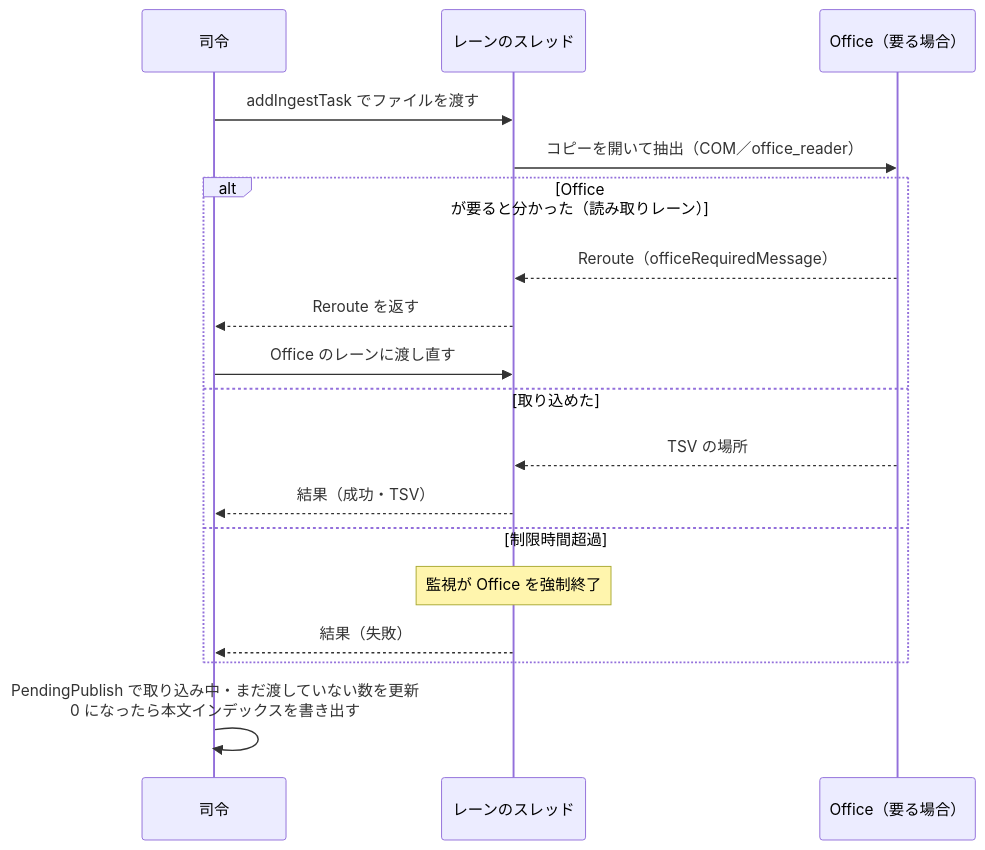
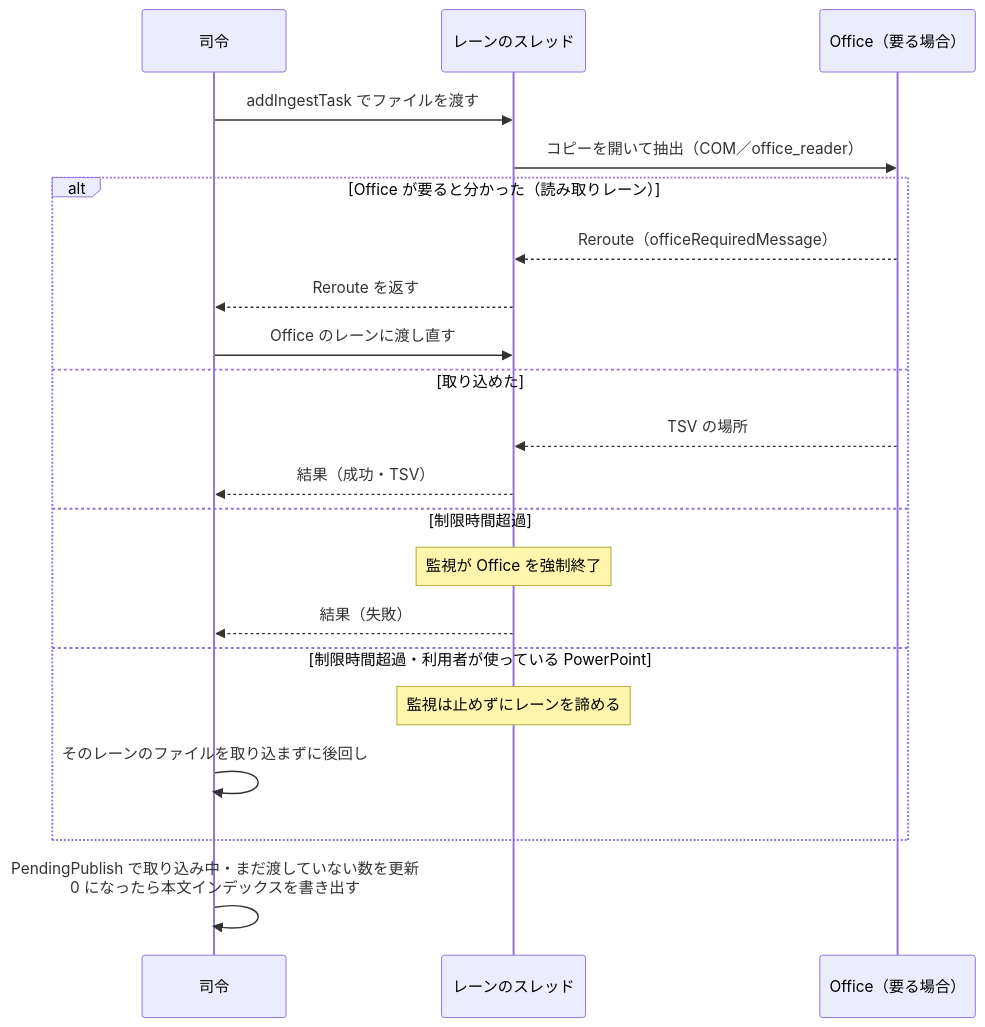
The second of 2 diagrams in docs/design/indexing/parallel.md (hsgwa/tebunko), drawn with Mermaid before and after one commit. The commit also changed other lines of this file and 14 other files, not shown here.

Commit message:
fix: 利用者が窓を閉じた PowerPoint の印を消し、諦めたレーンの配線と回し直しをテストで確かめる

````diff
--- a/docs/design/indexing/parallel.md
+++ b/docs/design/indexing/parallel.md
@@ -31,21 +31,24 @@
 ```mermaid
 sequenceDiagram
     participant C as 司令
     participant W as レーンのスレッド
     participant O as Office（要る場合）
 
     C->>W: addIngestTask でファイルを渡す
     W->>O: コピーを開いて抽出（COM／office_reader）
     alt Office が要ると分かった（読み取りレーン）
         O-->>W: Reroute（officeRequiredMessage）
         W-->>C: Reroute を返す
         C->>W: Office のレーンに渡し直す
     else 取り込めた
         O-->>W: TSV の場所
         W-->>C: 結果（成功・TSV）
     else 制限時間超過
         Note over W: 監視が Office を強制終了
         W-->>C: 結果（失敗）
+    else 制限時間超過・利用者が使っている PowerPoint
+        Note over W: 監視は止めずにレーンを諦める
+        C->>C: そのレーンのファイルを取り込まずに後回し
     end
     C->>C: PendingPublish で取り込み中・まだ渡していない数を更新<br>0 になったら本文インデックスを書き出す
 ```
````
